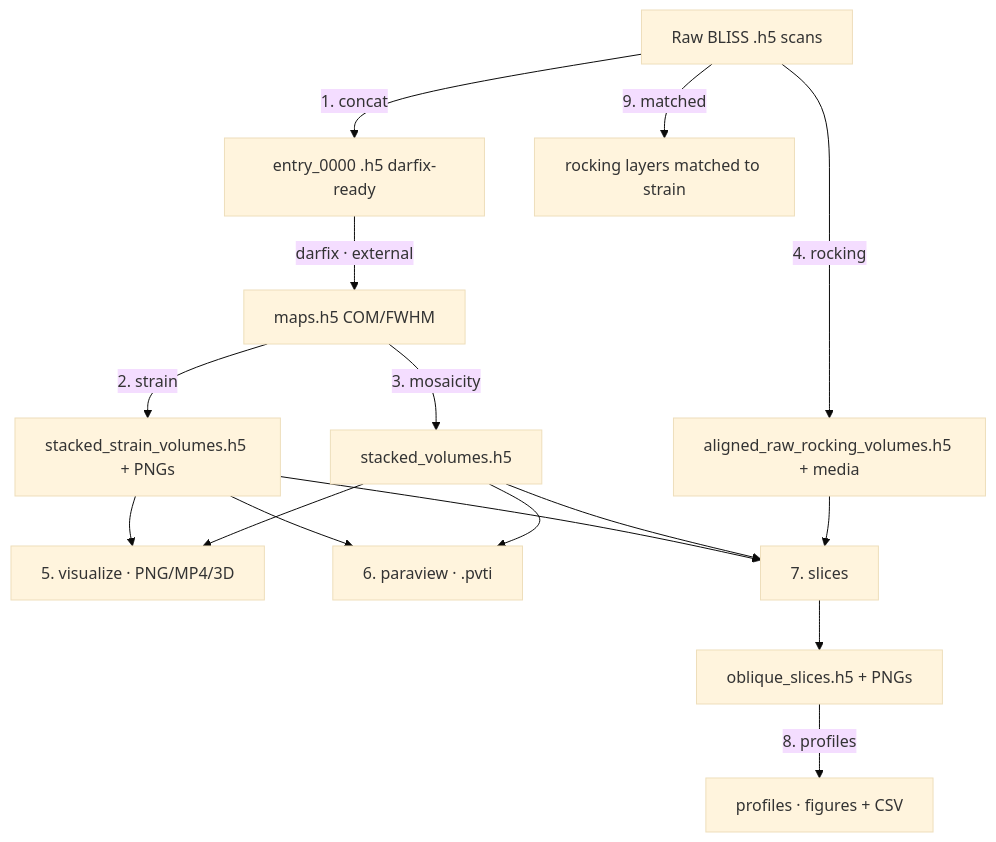
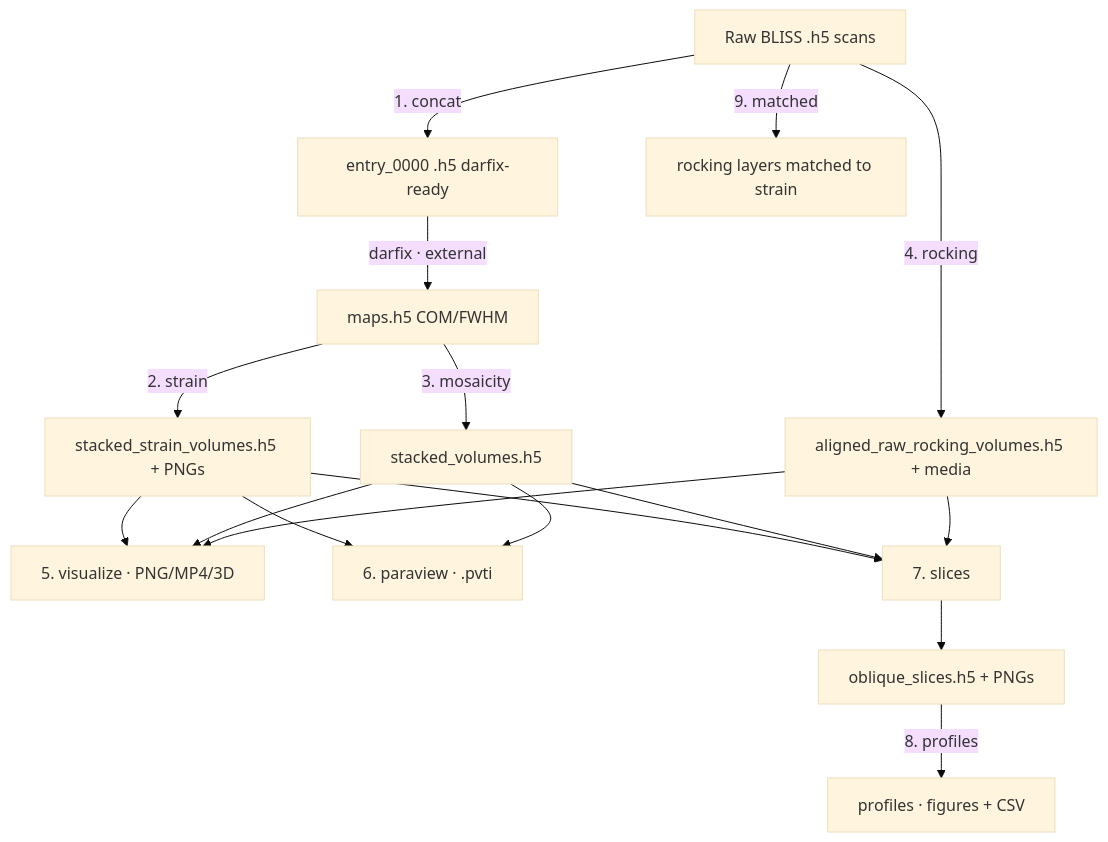
Before and after one commit to BeamlineGladiator/darq_xray: the diagram in docs/Usage.md, drawn with Mermaid (base theme). The commit also changed other lines of this file and 4 other files, not shown here.

````diff
--- a/docs/Usage.md
+++ b/docs/Usage.md
@@ -655,18 +656,19 @@
 ```mermaid
 flowchart TD
     A[Raw BLISS .h5 scans] -->|1. concat| B[entry_0000 .h5 darfix-ready]
     B -->|darfix · external| C[maps.h5 COM/FWHM]
     C -->|2. strain| D[stacked_strain_volumes.h5 + PNGs]
     C -->|3. mosaicity| E[stacked_volumes.h5]
     A -->|4. rocking| F[aligned_raw_rocking_volumes.h5 + media]
     D --> G[5. visualize · PNG/MP4/3D]
     E --> G
+    F --> G
     D --> H[6. paraview · .pvti]
     E --> H
     D --> I[7. slices]
     E --> I
     F --> I
     I --> J[oblique_slices.h5 + PNGs]
     J -->|8. profiles| K[profiles · figures + CSV]
     A -->|9. matched| L[rocking layers matched to strain]
 ```
````
